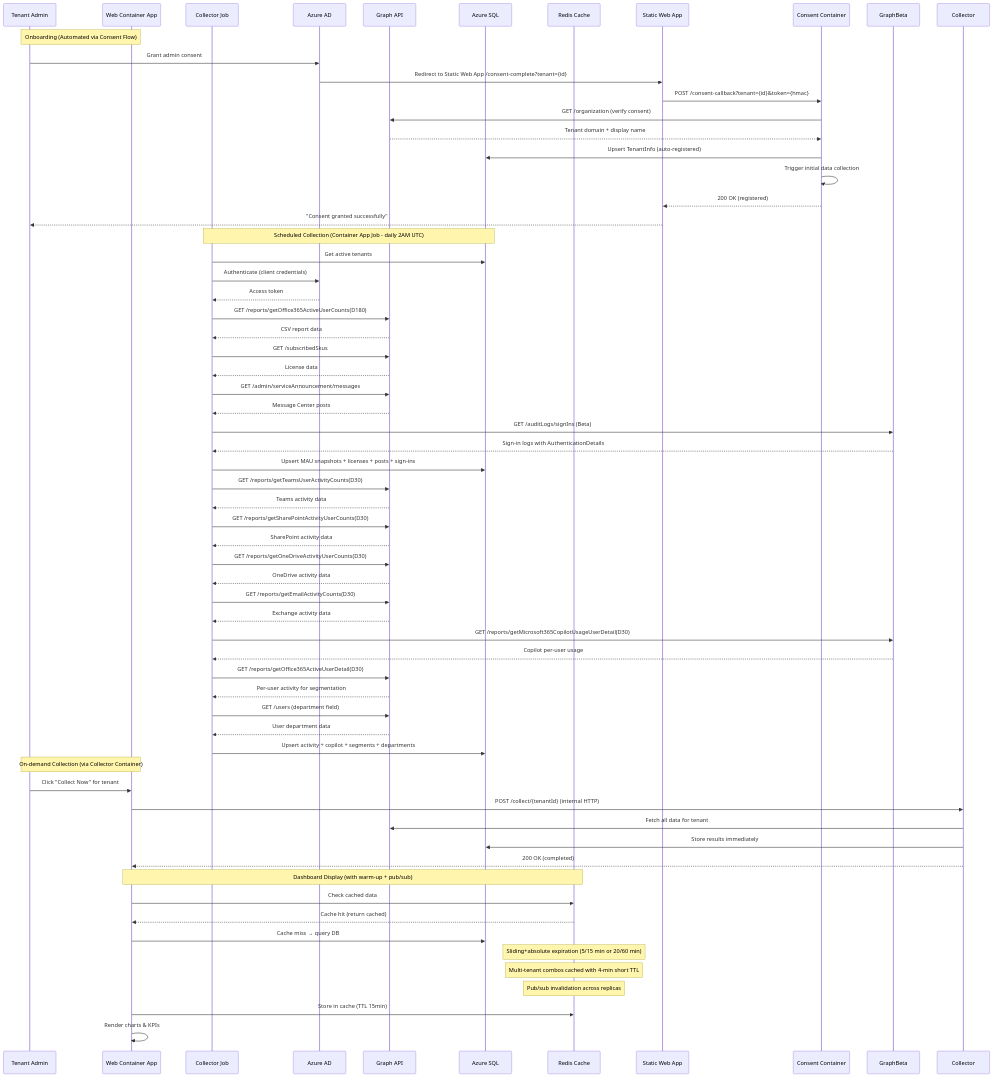
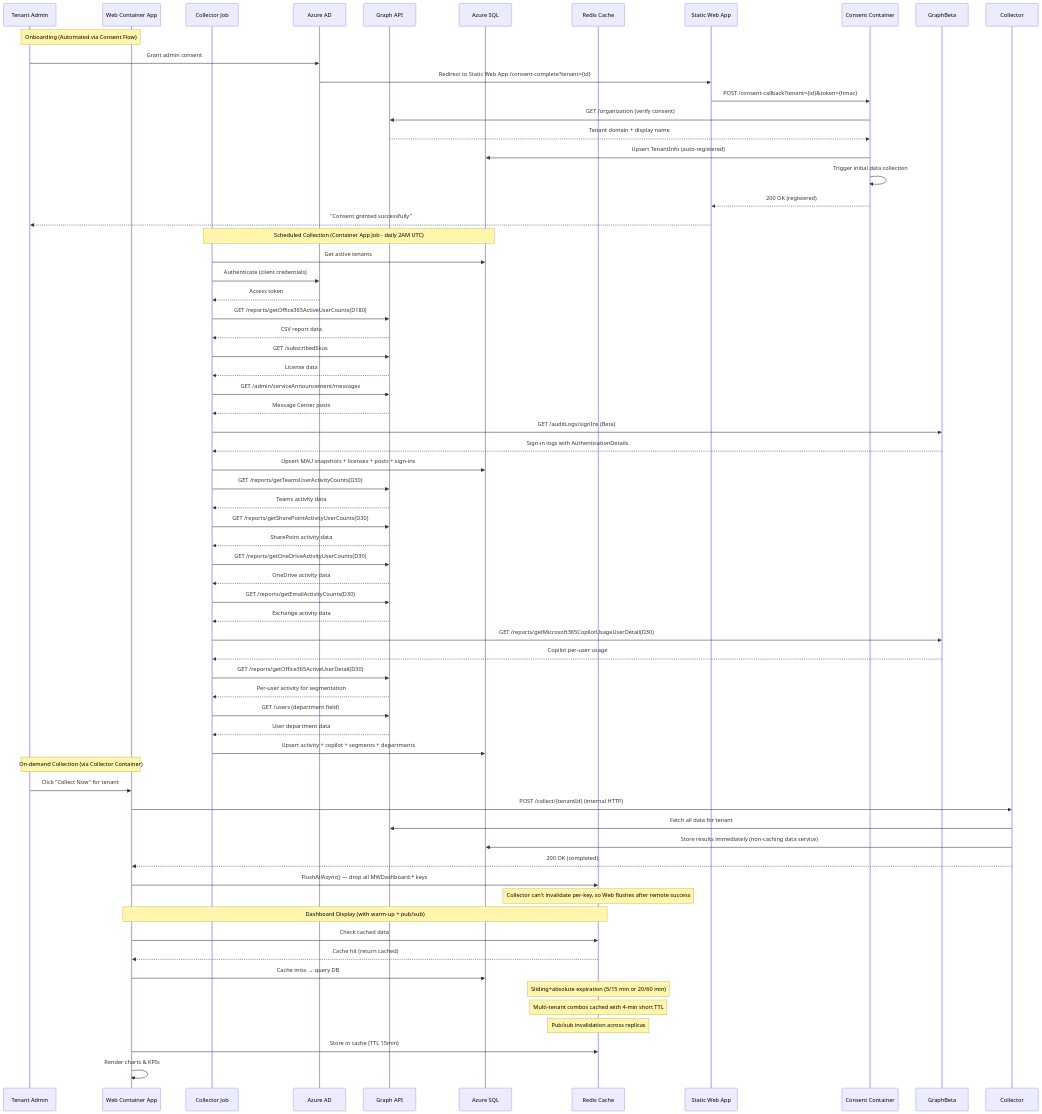
Before and after one commit to tdsnxnielsen-mikkelbach/MWDashboard: the second of 4 diagrams in docs/architecture.md, drawn with Mermaid. The commit also changed other lines of this file and 3 other files, not shown here.

Commit message:
feat: Implement Redis cache flushing after data collection to ensure immediate data visibility across all replicas

````diff
--- a/docs/architecture.md
+++ b/docs/architecture.md
@@ -72,70 +72,72 @@
 ```mermaid
 sequenceDiagram
     participant Admin as Tenant Admin
     participant Web as Web Container App
     participant Job as Collector Job
     participant AAD as Azure AD
     participant Graph as Graph API
     participant DB as Azure SQL
     participant Cache as Redis Cache
 
     Note over Admin, Web: Onboarding (Automated via Consent Flow)
     Admin->>AAD: Grant admin consent
     AAD->>Static: Redirect to Static Web App /consent-complete?tenant={id}
     Static->>Consent: POST /consent-callback?tenant={id}&token={hmac}
     Consent->>Graph: GET /organization (verify consent)
     Graph-->>Consent: Tenant domain + display name
     Consent->>DB: Upsert TenantInfo (auto-registered)
     Consent->>Consent: Trigger initial data collection
     Consent-->>Static: 200 OK (registered)
     Static-->>Admin: "Consent granted successfully"
 
     participant Static as Static Web App
     participant Consent as Consent Container
 
     Note over Job, DB: Scheduled Collection (Container App Job - daily 2AM UTC)
     Job->>DB: Get active tenants
     Job->>AAD: Authenticate (client credentials)
     AAD-->>Job: Access token
     Job->>Graph: GET /reports/getOffice365ActiveUserCounts(D180)
     Graph-->>Job: CSV report data
     Job->>Graph: GET /subscribedSkus
     Graph-->>Job: License data
     Job->>Graph: GET /admin/serviceAnnouncement/messages
     Graph-->>Job: Message Center posts
     Job->>GraphBeta: GET /auditLogs/signIns (Beta)
     GraphBeta-->>Job: Sign-in logs with AuthenticationDetails
     Job->>DB: Upsert MAU snapshots + licenses + posts + sign-ins
     Job->>Graph: GET /reports/getTeamsUserActivityCounts(D30)
     Graph-->>Job: Teams activity data
     Job->>Graph: GET /reports/getSharePointActivityUserCounts(D30)
     Graph-->>Job: SharePoint activity data
     Job->>Graph: GET /reports/getOneDriveActivityUserCounts(D30)
     Graph-->>Job: OneDrive activity data
     Job->>Graph: GET /reports/getEmailActivityCounts(D30)
     Graph-->>Job: Exchange activity data
     Job->>GraphBeta: GET /reports/getMicrosoft365CopilotUsageUserDetail(D30)
     GraphBeta-->>Job: Copilot per-user usage
     Job->>Graph: GET /reports/getOffice365ActiveUserDetail(D30)
     Graph-->>Job: Per-user activity for segmentation
     Job->>Graph: GET /users (department field)
     Graph-->>Job: User department data
     Job->>DB: Upsert activity + copilot + segments + departments
 
     Note over Admin, Web: On-demand Collection (via Collector Container)
     Admin->>Web: Click "Collect Now" for tenant
     Web->>Collector: POST /collect/{tenantId} (internal HTTP)
     Collector->>Graph: Fetch all data for tenant
-    Collector->>DB: Store results immediately
+    Collector->>DB: Store results immediately (non-caching data service)
     Collector-->>Web: 200 OK (completed)
+    Web->>Cache: FlushAllAsync() — drop all MWDashboard:* keys
+    Note over Cache: Collector can't invalidate per-key, so Web flushes after remote success
 
     Note over Web, Cache: Dashboard Display (with warm-up + pub/sub)
     Web->>Cache: Check cached data
     Cache-->>Web: Cache hit (return cached)
     Web->>DB: Cache miss → query DB
     Note over Cache: Sliding+absolute expiration (5/15 min or 20/60 min)
     Note over Cache: Multi-tenant combos cached with 4-min short TTL
     Note over Cache: Pub/sub invalidation across replicas
     Web->>Cache: Store in cache (TTL 15min)
     Web->>Web: Render charts & KPIs
 ```
````
